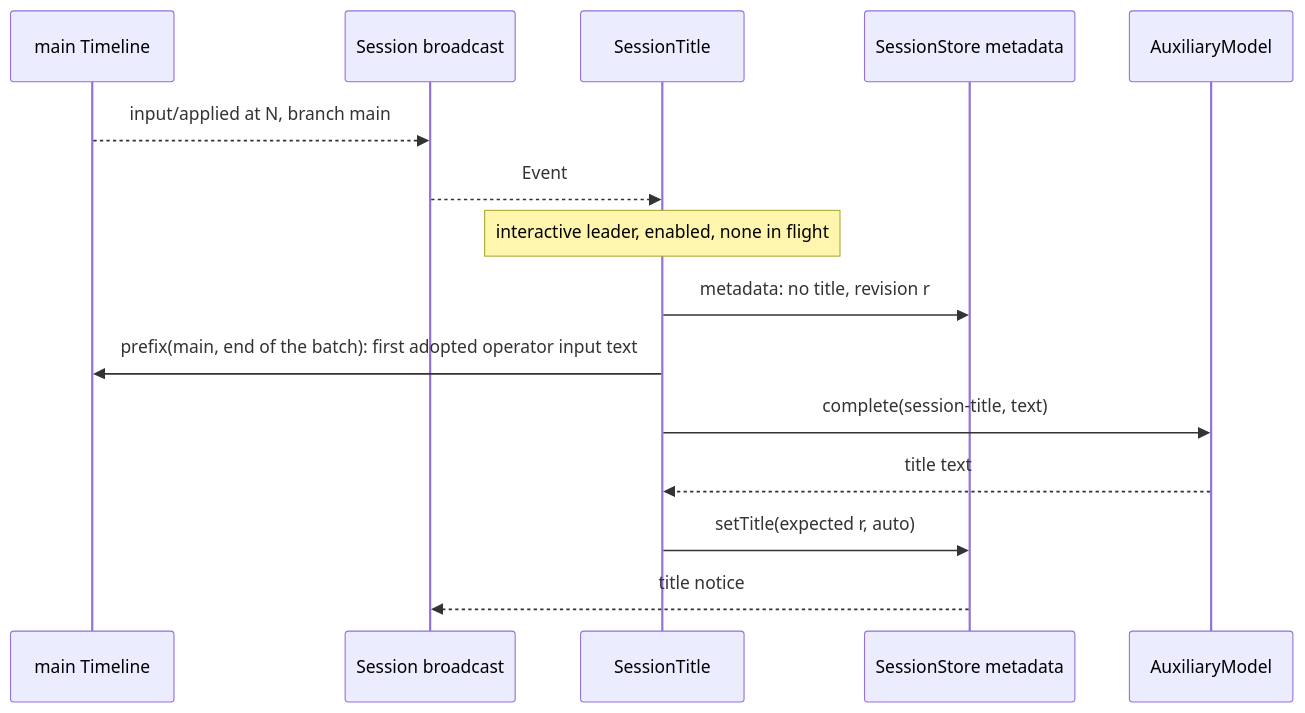
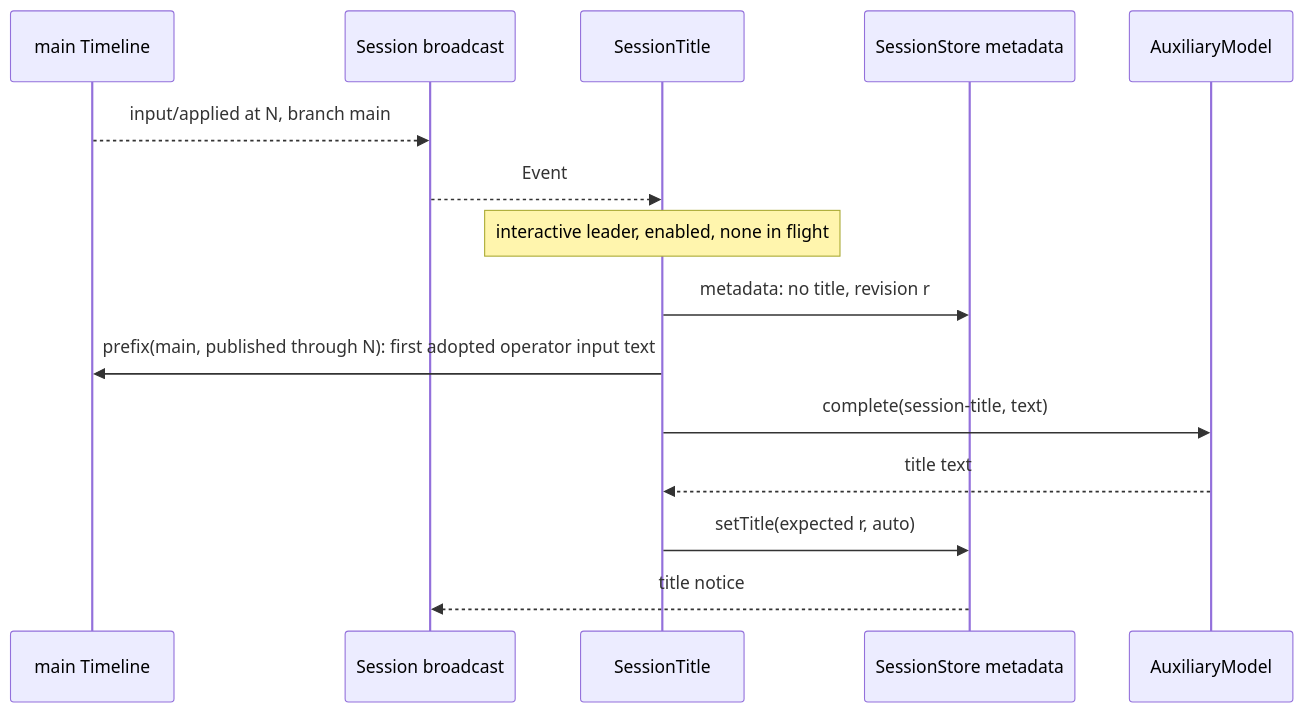
The third of 5 diagrams in docs/design/plugins/SessionTitle.md (CoutinhoTTS/dim-agent), drawn with Mermaid before and after one commit. The commit also changed other lines of this file and 12 other files, not shown here.

First line of the commit message:
docs: revise the roadmap into ordered work items; follow up review

````diff
--- a/docs/design/plugins/SessionTitle.md
+++ b/docs/design/plugins/SessionTitle.md
@@ -69,17 +69,17 @@
 ```mermaid
 sequenceDiagram
   participant TL as main Timeline
   participant SB as Session broadcast
   participant ST as SessionTitle
   participant Meta as SessionStore metadata
   participant Aux as AuxiliaryModel
   TL-->>SB: input/applied at N, branch main
   SB-->>ST: Event
   Note over ST: interactive leader, enabled, none in flight
   ST->>Meta: metadata: no title, revision r
-  ST->>TL: prefix(main, end of the batch): first adopted operator input text
+  ST->>TL: prefix(main, published through N): first adopted operator input text
   ST->>Aux: complete(session-title, text)
   Aux-->>ST: title text
   ST->>Meta: setTitle(expected r, auto)
   Meta-->>SB: title notice
 ```
````
